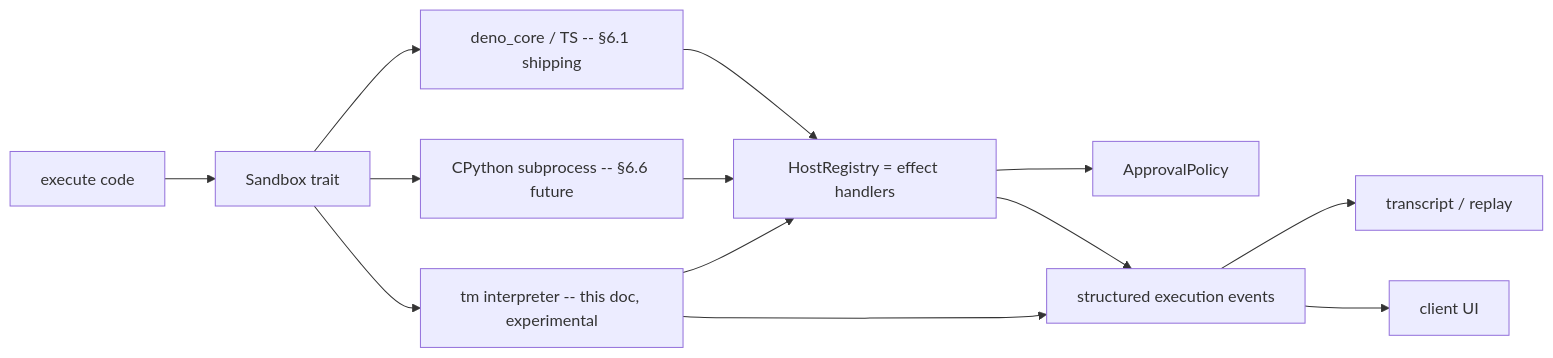
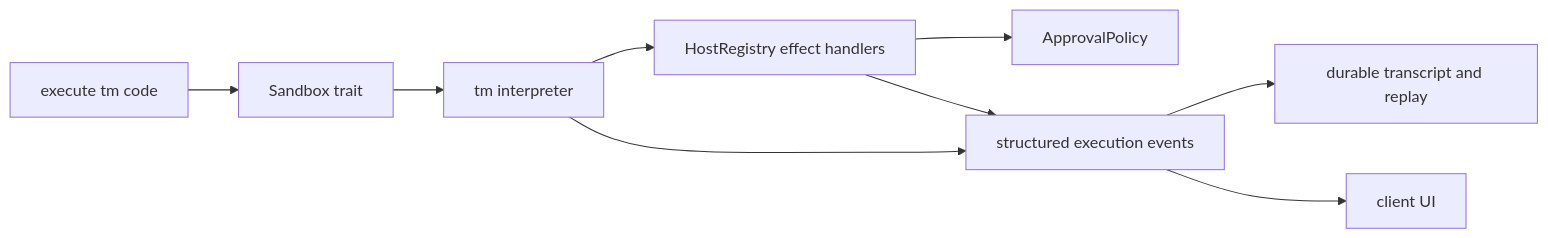
Before and after one commit to mozufu/TempestMiku: the diagram in docs/design/tm/05-backend-fluency.md, drawn with Mermaid. The commit also changed other lines of this file and 165 other files, not shown here.

First line of the commit message:
feat(sandbox/tm): make tm-lang the sole v2 execute runtime (#2)

````diff
--- a/docs/design/tm/05-backend-fluency.md
+++ b/docs/design/tm/05-backend-fluency.md
@@ -8,13 +9,11 @@
 ```mermaid
 flowchart LR
-  X[execute code] --> S[Sandbox trait]
-  S --> D[deno_core / TS -- §6.1 shipping]
-  S --> P[CPython subprocess -- §6.6 future]
-  S --> T[tm interpreter -- this doc, experimental]
-  D & P & T --> H[HostRegistry = effect handlers]
+  X[execute tm code] --> S[Sandbox trait]
+  S --> T[tm interpreter]
+  T --> H[HostRegistry effect handlers]
   H --> A[ApprovalPolicy]
   T --> E[structured execution events]
   H --> E
-  E --> R[transcript / replay]
+  E --> R[durable transcript and replay]
   E --> U[client UI]
 ```
````
